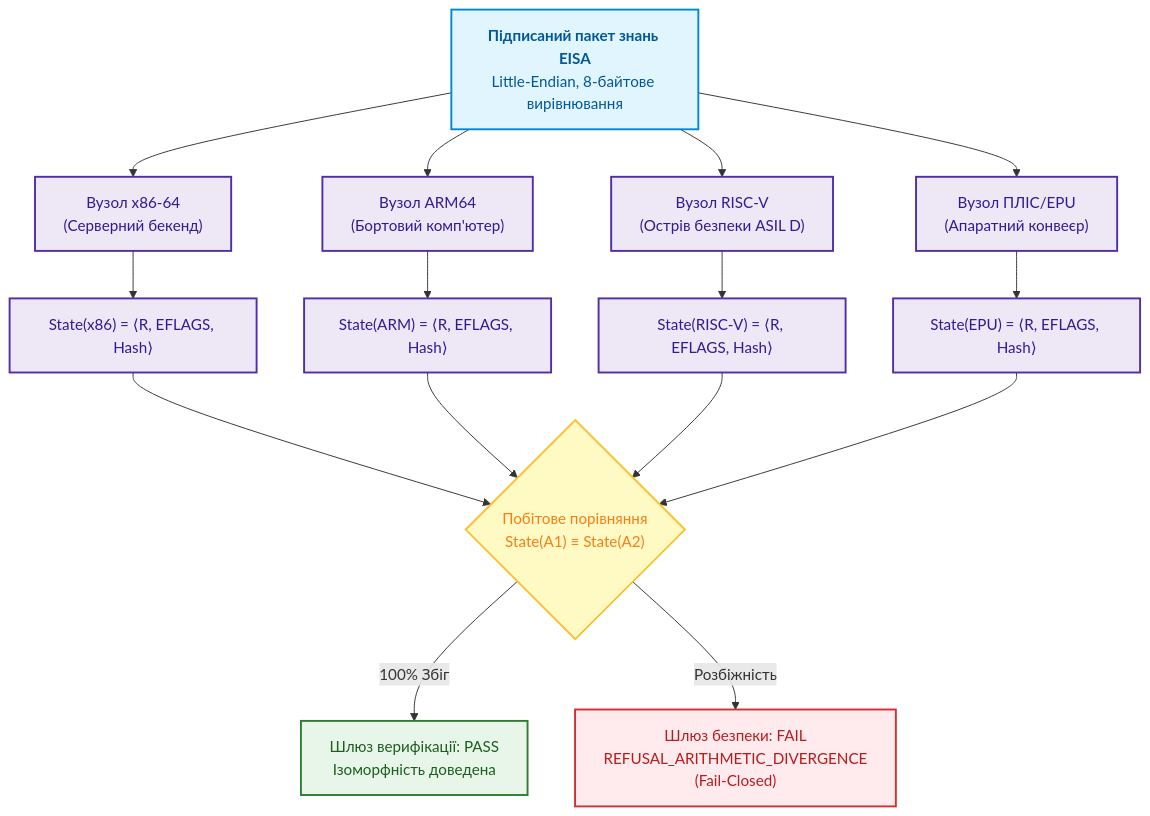
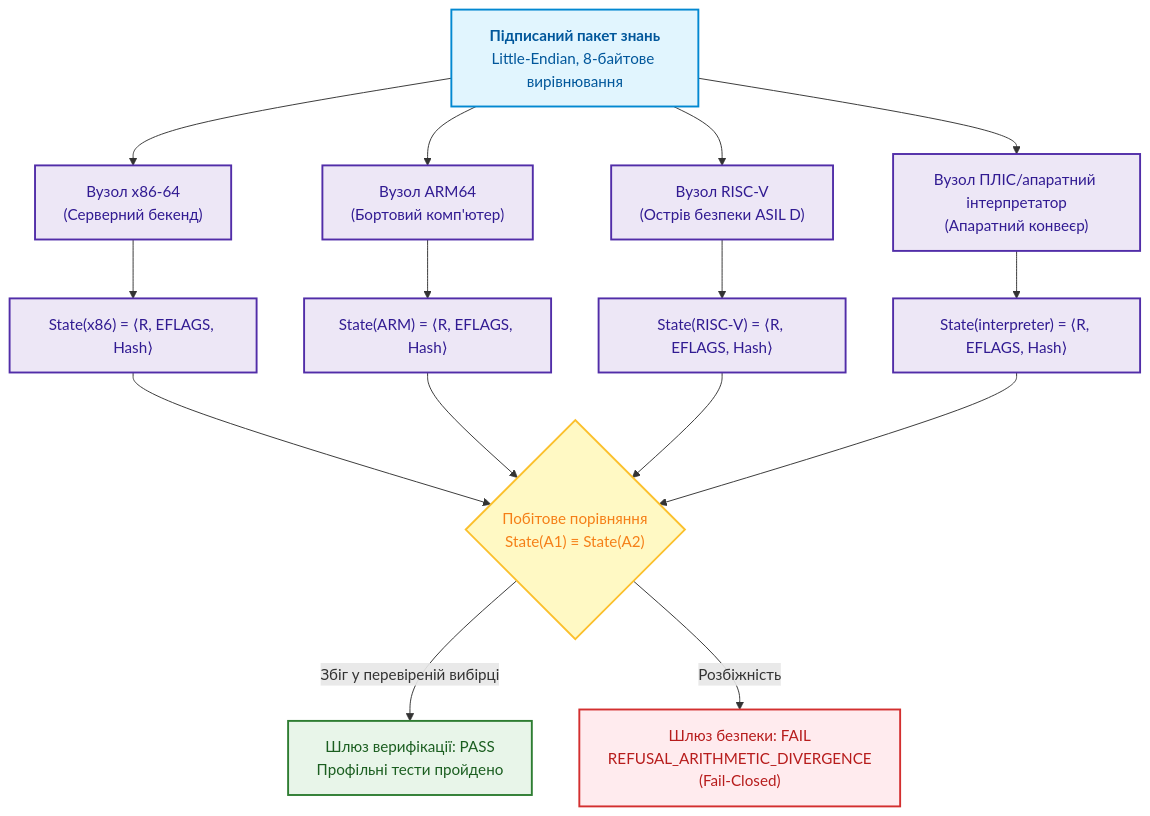
Before and after one commit to nick-fedchik/articles: the ninth of 9 diagrams in ExpertSystem/ch22-cybernetics-edge-to-backend.md, drawn with Mermaid. The commit also changed other lines of this file and 193 other files, not shown here.

````diff
--- a/ExpertSystem/ch22-cybernetics-edge-to-backend.md
+++ b/ExpertSystem/ch22-cybernetics-edge-to-backend.md
@@ -911,31 +911,31 @@
 ```mermaid
 flowchart TB
-    accTitle: Схема верифікації крос-архітектурної ізоморфності EISA
+    accTitle: Схема верифікації крос-архітектурної ізоморфності профілю інструкцій
     accDescr: Пакет правил транслюється на гетерогенні платформи, стан регістрів та ProofTreeHash порівнюються побітово.
 
-    BUNDLE["<b>Підписаний пакет знань EISA</b><br/>Little-Endian, 8-байтове вирівнювання"] --> V1["Вузол x86-64<br/>(Серверний бекенд)"]
+    BUNDLE["<b>Підписаний пакет знань</b><br/>Little-Endian, 8-байтове вирівнювання"] --> V1["Вузол x86-64<br/>(Серверний бекенд)"]
     BUNDLE --> V2["Вузол ARM64<br/>(Бортовий комп'ютер)"]
     BUNDLE --> V3["Вузол RISC-V<br/>(Острів безпеки ASIL D)"]
-    BUNDLE --> V4["Вузол ПЛІС/EPU<br/>(Апаратний конвеєр)"]
+    BUNDLE --> V4["Вузол ПЛІС/апаратний інтерпретатор<br/>(Апаратний конвеєр)"]
 
     V1 --> S1["State(x86) = &lang;R, EFLAGS, Hash&rang;"]
     V2 --> S2["State(ARM) = &lang;R, EFLAGS, Hash&rang;"]
     V3 --> S3["State(RISC-V) = &lang;R, EFLAGS, Hash&rang;"]
-    V4 --> S4["State(EPU) = &lang;R, EFLAGS, Hash&rang;"]
+    V4 --> S4["State(interpreter) = &lang;R, EFLAGS, Hash&rang;"]
 
     S1 & S2 & S3 & S4 --> CMP{"Побітове порівняння<br/>State(A1) ≡ State(A2)"}
-    CMP -- "100% Збіг" --> PASS["Шлюз верифікації: PASS<br/>Ізоморфність доведена"]
+    CMP -- "Збіг у перевіреній вибірці" --> PASS["Шлюз верифікації: PASS<br/>Профільні тести пройдено"]
     CMP -- "Розбіжність" --> FAIL["Шлюз безпеки: FAIL<br/>REFUSAL_ARITHMETIC_DIVERGENCE<br/>(Fail-Closed)"]
 
     classDef src fill:#e1f5fe,stroke:#0288d1,stroke-width:2px,color:#01579b;
     classDef node fill:#ede7f6,stroke:#512da8,stroke-width:2px,color:#311b92;
     classDef check fill:#fff9c4,stroke:#fbc02d,stroke-width:2px,color:#f57f17;
     classDef ok fill:#e8f5e9,stroke:#2e7d32,stroke-width:2px,color:#1b5e20;
     classDef err fill:#ffebee,stroke:#d32f2f,stroke-width:2px,color:#b71c1c;
 
     class BUNDLE src;
     class V1,V2,V3,V4,S1,S2,S3,S4 node;
     class CMP check;
     class PASS ok;
     class FAIL err;
 ```
````
